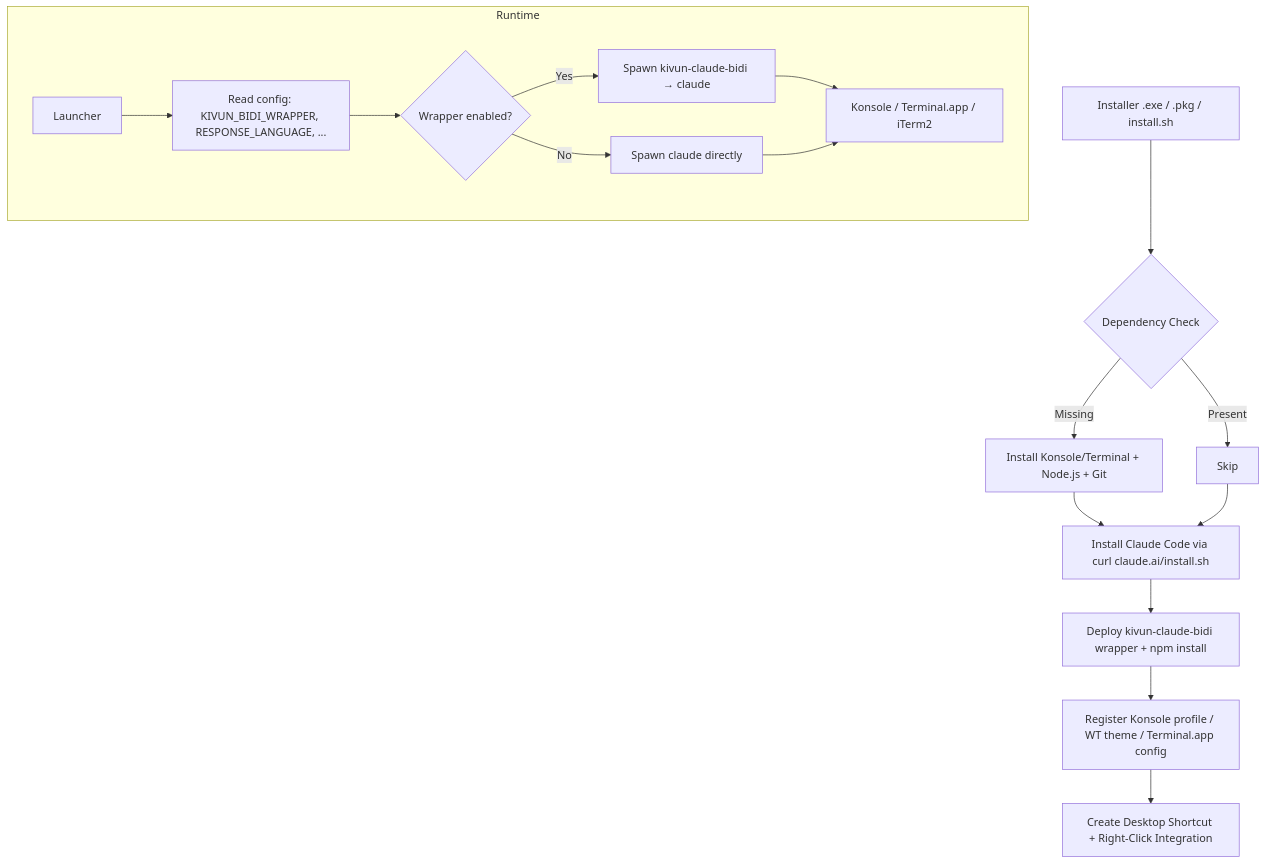
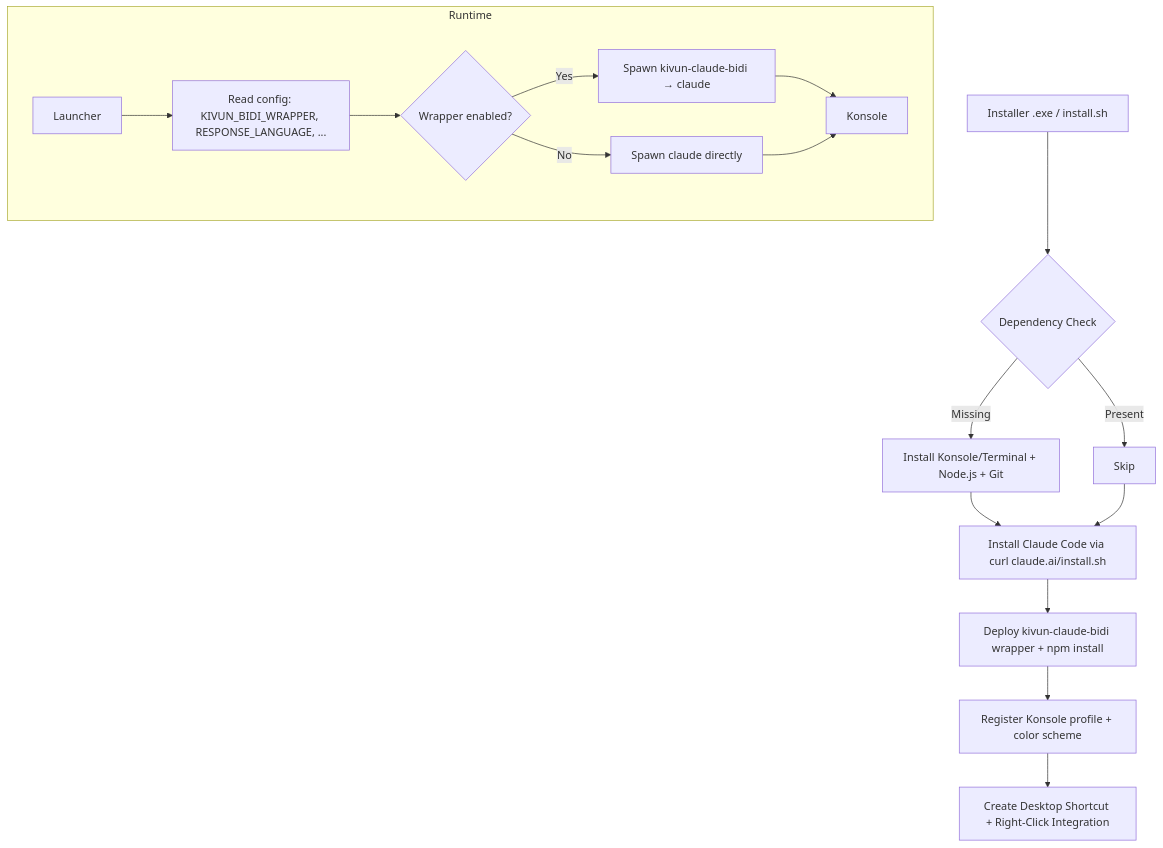
Before and after one commit to yechielby/kivun-terminal-wsl: the first of 2 diagrams in README.md, drawn with Mermaid. The commit also changed other lines of this file and 15 other files, not shown here.

````diff
--- a/README.md
+++ b/README.md
@@ -173,20 +146,20 @@
 ```mermaid
 graph TD
-    A[Installer .exe / .pkg / install.sh] --> B{Dependency Check}
+    A[Installer .exe / install.sh] --> B{Dependency Check}
     B -->|Missing| C[Install Konsole/Terminal + Node.js + Git]
     B -->|Present| D[Skip]
     C --> E[Install Claude Code via curl claude.ai/install.sh]
     D --> E
     E --> F[Deploy kivun-claude-bidi wrapper + npm install]
-    F --> G[Register Konsole profile / WT theme / Terminal.app config]
+    F --> G[Register Konsole profile + color scheme]
     G --> H[Create Desktop Shortcut + Right-Click Integration]
 
     subgraph Runtime
         I[Launcher] --> J[Read config: KIVUN_BIDI_WRAPPER, RESPONSE_LANGUAGE, ...]
         J --> K{Wrapper enabled?}
         K -->|Yes| L[Spawn kivun-claude-bidi → claude]
         K -->|No| M[Spawn claude directly]
-        L --> N[Konsole / Terminal.app / iTerm2]
+        L --> N[Konsole]
         M --> N
     end
 ```
````
